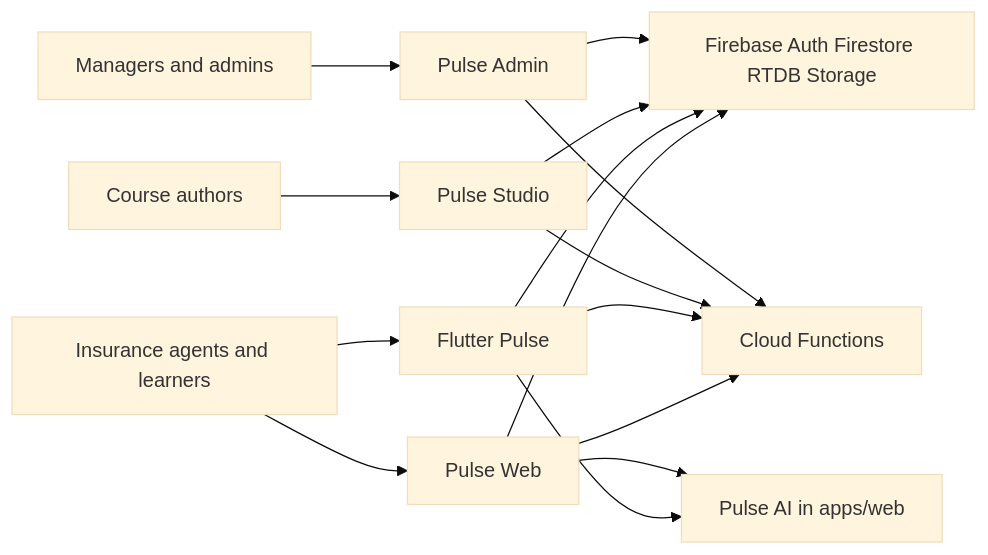
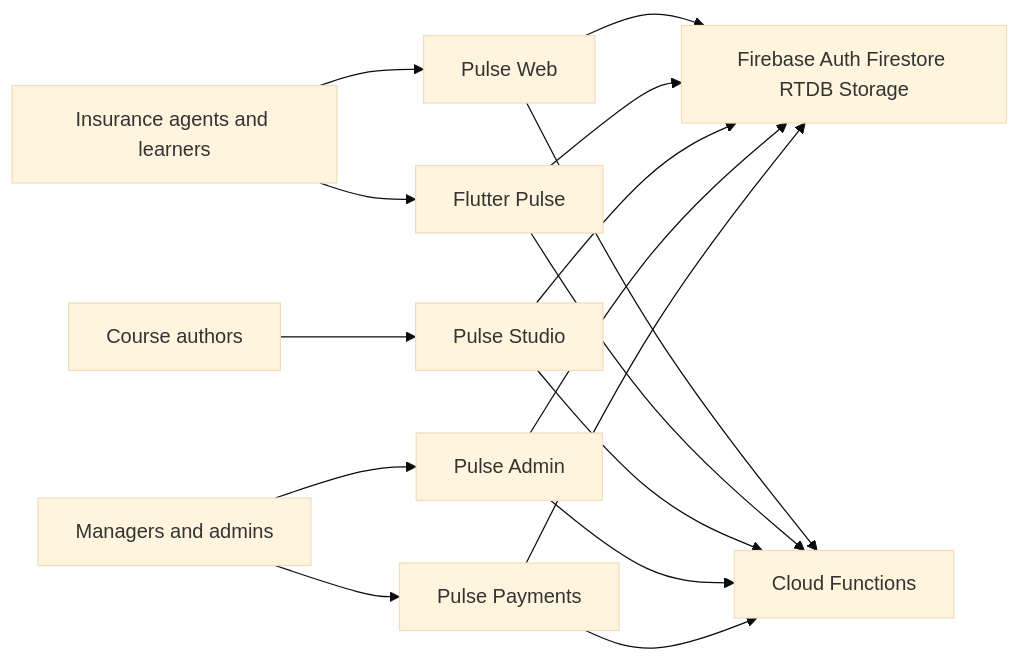
Before and after one commit to romerodiesan/everybenefits-flutter-app: the diagram in docs/architecture/README.md, drawn with Mermaid (base theme). The commit also changed other lines of this file and 187 other files, not shown here.

````diff
--- a/docs/architecture/README.md
+++ b/docs/architecture/README.md
@@ -22,20 +23,21 @@
 ```mermaid
 flowchart LR
   Agents[Insurance agents and learners]
   Authors[Course authors]
   Ops[Managers and admins]
   Agents --> PulseWeb[Pulse Web]
   Agents --> Mobile[Flutter Pulse]
   Authors --> Studio[Pulse Studio]
   Ops --> Admin[Pulse Admin]
+  Ops --> Payments[Pulse Payments]
   PulseWeb --> Firebase[Firebase Auth Firestore RTDB Storage]
   Mobile --> Firebase
   Studio --> Firebase
   Admin --> Firebase
+  Payments --> Firebase
   PulseWeb --> Functions[Cloud Functions]
   Mobile --> Functions
   Studio --> Functions
   Admin --> Functions
-  Mobile --> AI[Pulse AI in apps/web]
-  PulseWeb --> AI
+  Payments --> Functions
 ```
````
